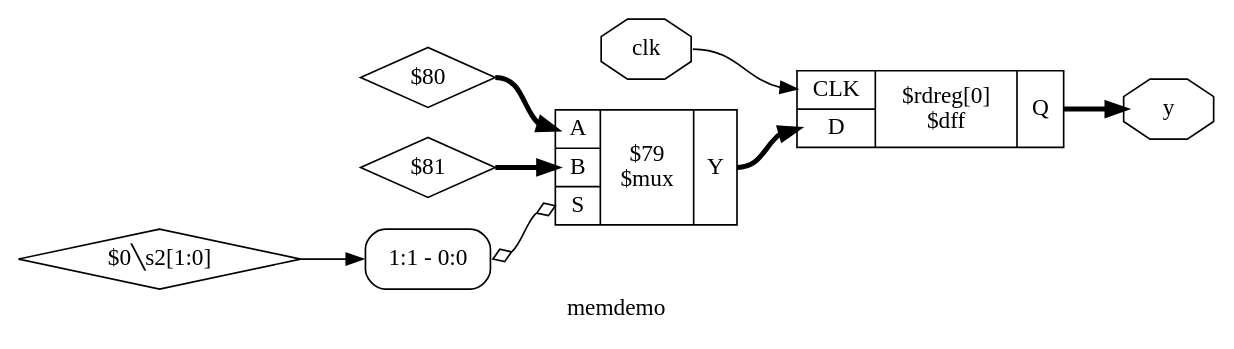
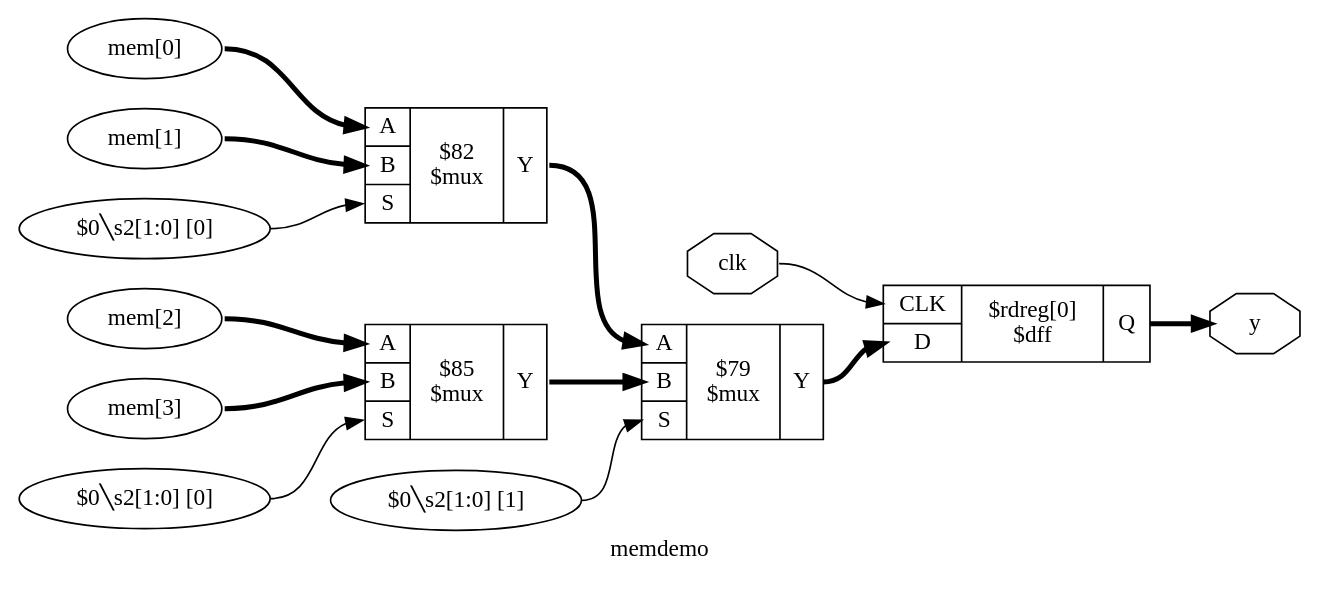
The diagram in source/_images/code_examples/selections/memdemo_03.dot (YosysHQ-Docs/yosys-cmd-ref), drawn with Graphviz before and after one commit. The commit also changed 70 other files, not shown here.

```diff
--- a/source/_images/code_examples/selections/memdemo_03.dot
+++ b/source/_images/code_examples/selections/memdemo_03.dot
@@ -1,20 +1,30 @@
 digraph "memdemo" {
 label="memdemo";
 rankdir="LR";
 remincross=true;
-n5 [ shape=octagon, label="clk", color="black", fontcolor="black" ];
-n6 [ shape=octagon, label="y", color="black", fontcolor="black" ];
-c10 [ shape=record, label="{{<p7> CLK|<p8> D}|$rdreg[0]\n$dff|{<p9> Q}}",  ];
-c15 [ shape=record, label="{{<p11> A|<p12> B|<p13> S}|$79\n$mux|{<p14> Y}}",  ];
-x0 [ shape=record, style=rounded, label="<s0> 1:1 - 0:0 ", color="black", fontcolor="black" ];
-x0:e -> c15:p13:w [arrowhead=odiamond, arrowtail=odiamond, dir=both, color="black", fontcolor="black", label=""];
-n1 [ shape=diamond, label="$0&#9586;s2[1:0]" ];
-n1:e -> x0:s0:w [color="black", fontcolor="black", label=""];
-c15:p14:e -> c10:p8:w [color="black", fontcolor="black", style="setlinewidth(3)", label=""];
-n3 [ shape=diamond, label="$80" ];
-n3:e -> c15:p11:w [color="black", fontcolor="black", style="setlinewidth(3)", label=""];
-n4 [ shape=diamond, label="$81" ];
-n4:e -> c15:p12:w [color="black", fontcolor="black", style="setlinewidth(3)", label=""];
-n5:e -> c10:p7:w [color="black", fontcolor="black", label=""];
-c10:p9:e -> n6:w [color="black", fontcolor="black", style="setlinewidth(3)", label=""];
+n4 [ shape=octagon, label="clk", color="black", fontcolor="black" ];
+n5 [ shape=octagon, label="y", color="black", fontcolor="black" ];
+c9 [ shape=record, label="{{<p6> CLK|<p7> D}|$rdreg[0]\n$dff|{<p8> Q}}",  ];
+v0 [ label="$0&#9586;s2[1:0] [1]" ];
+c14 [ shape=record, label="{{<p10> A|<p11> B|<p12> S}|$79\n$mux|{<p13> Y}}",  ];
+v1 [ label="mem[0]" ];
+v2 [ label="mem[1]" ];
+v3 [ label="$0&#9586;s2[1:0] [0]" ];
+c15 [ shape=record, label="{{<p10> A|<p11> B|<p12> S}|$82\n$mux|{<p13> Y}}",  ];
+v4 [ label="mem[2]" ];
+v5 [ label="mem[3]" ];
+v6 [ label="$0&#9586;s2[1:0] [0]" ];
+c16 [ shape=record, label="{{<p10> A|<p11> B|<p12> S}|$85\n$mux|{<p13> Y}}",  ];
+c14:p13:e -> c9:p7:w [color="black", fontcolor="black", style="setlinewidth(3)", label=""];
+c15:p13:e -> c14:p10:w [color="black", fontcolor="black", style="setlinewidth(3)", label=""];
+c16:p13:e -> c14:p11:w [color="black", fontcolor="black", style="setlinewidth(3)", label=""];
+n4:e -> c9:p6:w [color="black", fontcolor="black", label=""];
+c9:p8:e -> n5:w [color="black", fontcolor="black", style="setlinewidth(3)", label=""];
+v0:e -> c14:p12:w [color="black", fontcolor="black", label=""];
+v1:e -> c15:p10:w [color="black", fontcolor="black", style="setlinewidth(3)", label=""];
+v2:e -> c15:p11:w [color="black", fontcolor="black", style="setlinewidth(3)", label=""];
+v3:e -> c15:p12:w [color="black", fontcolor="black", label=""];
+v4:e -> c16:p10:w [color="black", fontcolor="black", style="setlinewidth(3)", label=""];
+v5:e -> c16:p11:w [color="black", fontcolor="black", style="setlinewidth(3)", label=""];
+v6:e -> c16:p12:w [color="black", fontcolor="black", label=""];
 }
```
